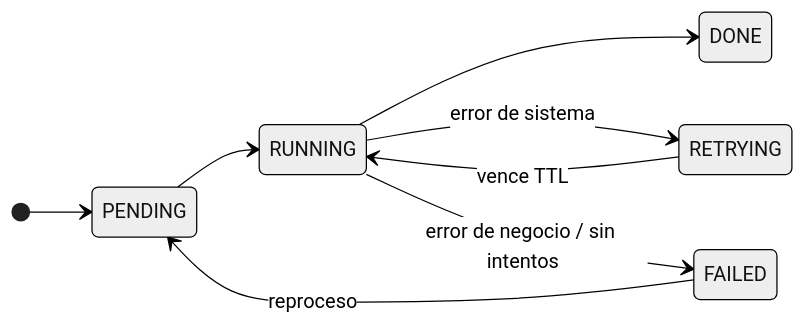
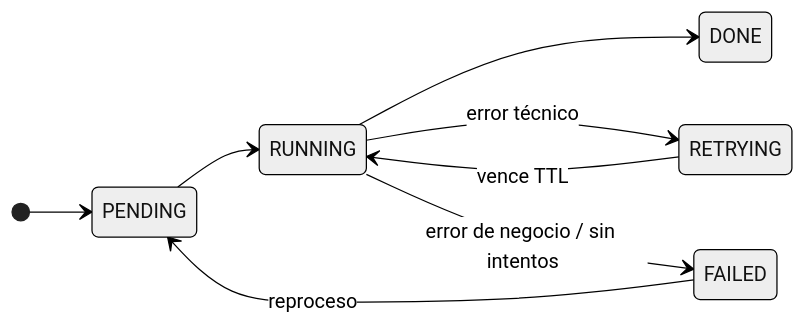
The third of 3 diagrams in README.md (DarwinMontiel/colmena-rpa), drawn with Mermaid (neutral theme) before and after one commit. The commit also changed other lines of this file and 9 other files, not shown here.

First line of the commit message:
docs: README de Colmena RPA con narrativa de cobranza, diagrama de secuencia y guía de migración

````diff
--- a/README.md
+++ b/README.md
@@ -91,11 +138,11 @@
 ```mermaid
 stateDiagram-v2
     direction LR
     [*] --> PENDING
     PENDING --> RUNNING
     RUNNING --> DONE
-    RUNNING --> RETRYING: error de sistema
+    RUNNING --> RETRYING: error técnico
     RETRYING --> RUNNING: vence TTL
     RUNNING --> FAILED: error de negocio / sin intentos
     FAILED --> PENDING: reproceso
 ```
````
